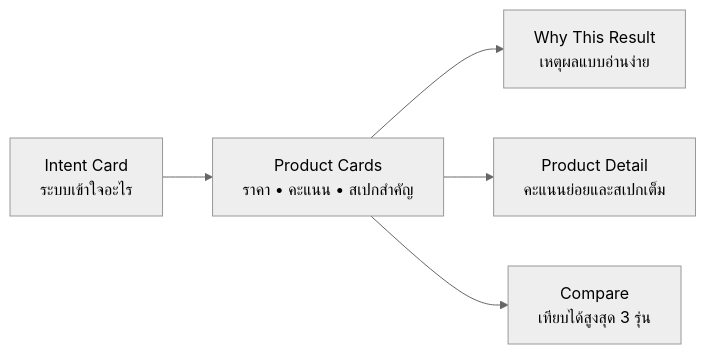
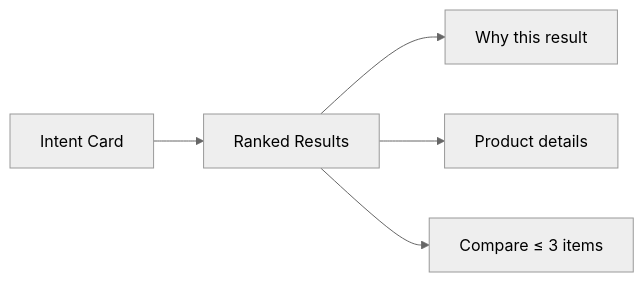
Before and after one commit to mmew018/project-algorithms-prototype-ise: the fourth of 6 diagrams in README.md, drawn with Mermaid (neutral theme). The commit also changed other lines of this file and 25 other files, not shown here.

````diff
--- a/README.md
+++ b/README.md
@@ -137,12 +91,7 @@
 ```mermaid
 flowchart LR
-    A["Intent Card<br/>ระบบเข้าใจอะไร"]
-    B["Product Cards<br/>ราคา • คะแนน • สเปกสำคัญ"]
-    C["Why This Result<br/>เหตุผลแบบอ่านง่าย"]
-    D["Product Detail<br/>คะแนนย่อยและสเปกเต็ม"]
-    E["Compare<br/>เทียบได้สูงสุด 3 รุ่น"]
-
-    A --> B --> C
-    B --> D
-    B --> E
+    A["Intent Card"] --> B["Ranked Results"]
+    B --> C["Why this result"]
+    B --> D["Product details"]
+    B --> E["Compare ≤ 3 items"]
 ```
````
